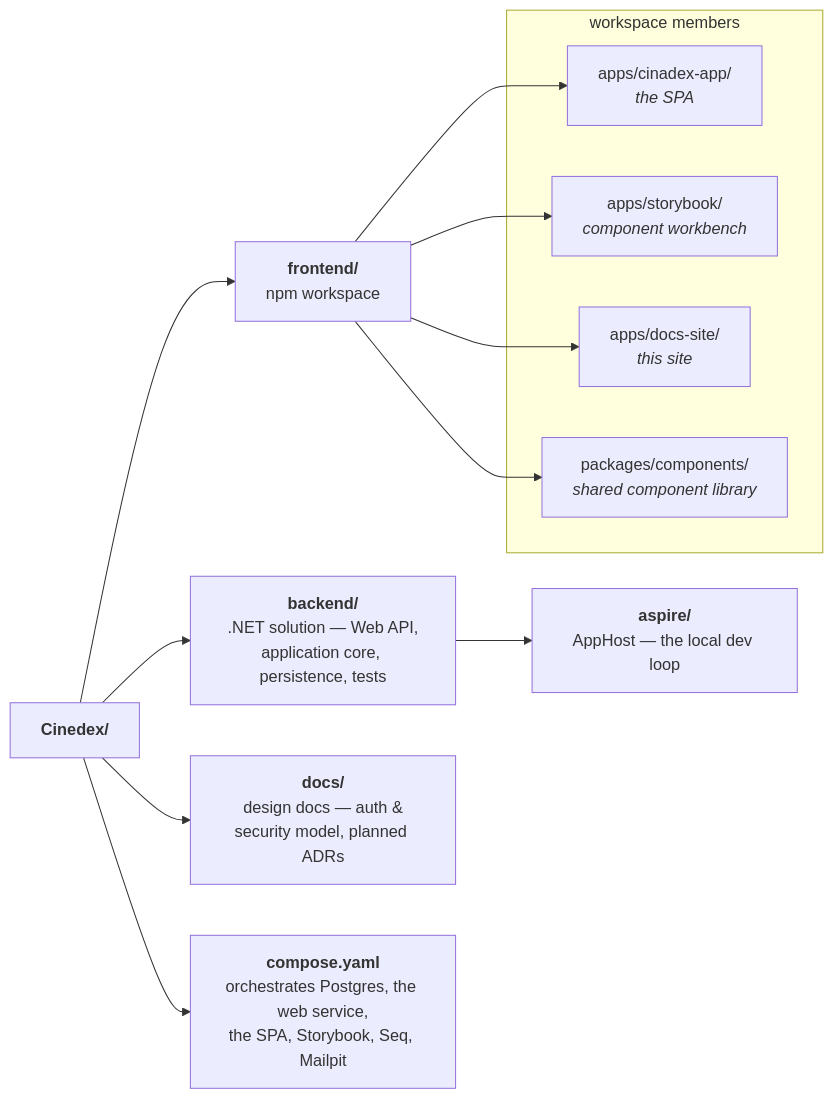
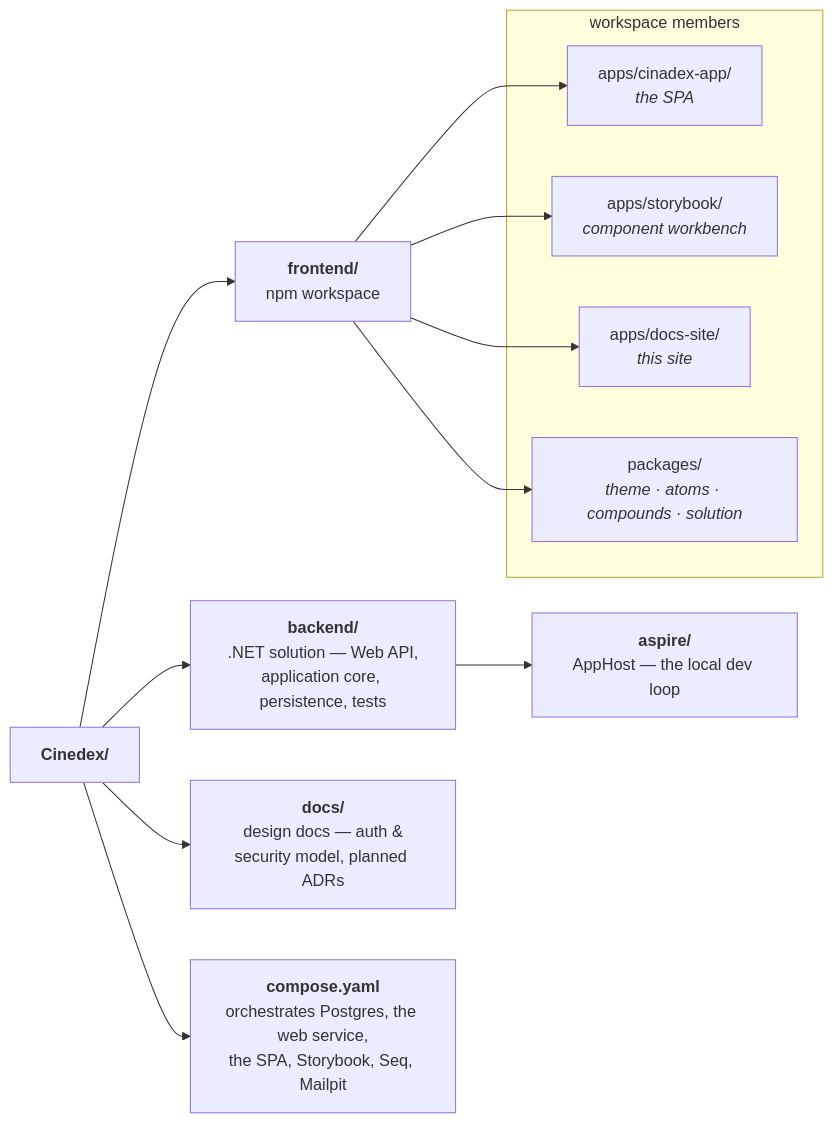
One commit to felipedferreira/Cinedex changed the diagram in frontend/apps/docs-site/docs/features/overview.md. Above: the diagram before and after it, drawn with Mermaid. The commit also changed other lines of this file and 200 other files, not shown here.

Commit message:
refactor(frontend): split @cinedex/components into theme + atoms + compounds + solution (#58)

````diff
--- a/frontend/apps/docs-site/docs/features/overview.md
+++ b/frontend/apps/docs-site/docs/features/overview.md
@@ -19,23 +19,23 @@
 ```mermaid
 flowchart LR
     ROOT["<b>Cinedex/</b>"]
 
     ROOT --> BE["<b>backend/</b><br/>.NET solution — Web API,<br/>application core, persistence, tests"]
     ROOT --> FE["<b>frontend/</b><br/>npm workspace"]
     ROOT --> DOCS["<b>docs/</b><br/>design docs — auth &amp;<br/>security model, planned ADRs"]
     ROOT --> COMPOSE["<b>compose.yaml</b><br/>orchestrates Postgres, the web service,<br/>the SPA, Storybook, Seq, Mailpit"]
 
     BE --> ASP["<b>aspire/</b><br/>AppHost — the local dev loop"]
 
     subgraph workspace ["workspace members"]
         APP["apps/cinadex-app/<br/><i>the SPA</i>"]
         SB["apps/storybook/<br/><i>component workbench</i>"]
         DS["apps/docs-site/<br/><i>this site</i>"]
-        COMP["packages/components/<br/><i>shared component library</i>"]
+        COMP["packages/<br/><i>theme · atoms · compounds · solution</i>"]
     end
 
     FE --> APP
     FE --> SB
     FE --> DS
     FE --> COMP
 ```
````
